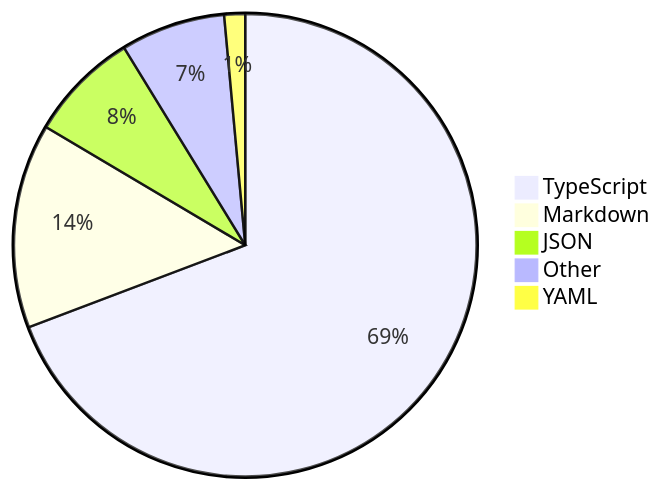
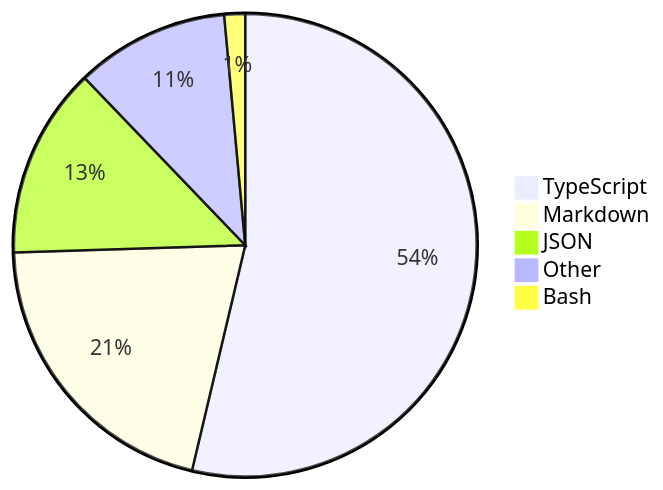
Before and after one commit to skvggor/skvggor: the diagram in README.md, drawn with Mermaid.

Commit message:
Updated waka-readme graph with new metrics

````diff
--- a/README.md
+++ b/README.md
@@ -16,8 +16,8 @@
 ```mermaid
 pie
-    "TypeScript" : 66.4
-    "Markdown" : 13.7
-    "JSON" : 7.4
-    "Other" : 7.0
-    "YAML" : 1.4
+    "TypeScript" : 51.6
+    "Markdown" : 20.0
+    "JSON" : 12.8
+    "Other" : 10.3
+    "Bash" : 1.4
 ```
````
